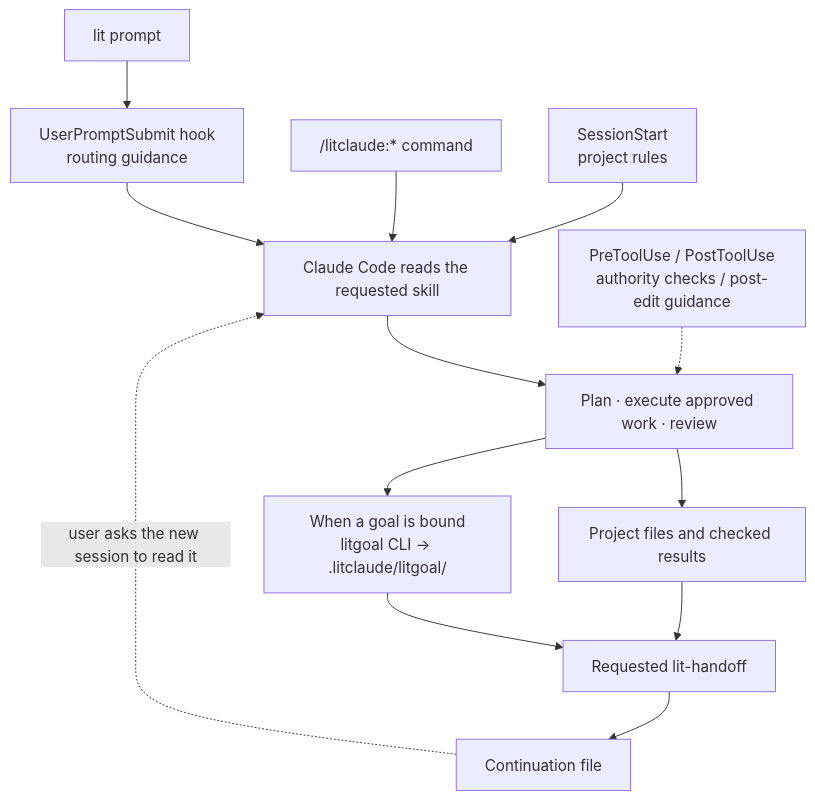
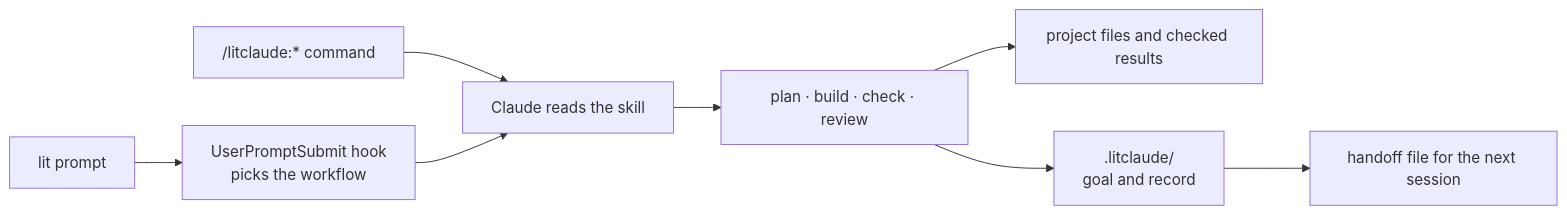
The diagram in README.md (wjgoarxiv/litclaude), drawn with Mermaid before and after one commit. The commit also changed other lines of this file and 91 other files, not shown here.

````diff
--- a/README.md
+++ b/README.md
@@ -494,15 +157,10 @@
 ```mermaid
-flowchart TD
-    P["lit prompt"] --> H["UserPromptSubmit hook<br/>routing guidance"]
-    C["/litclaude:* command"] --> S["Claude Code reads the requested skill"]
+flowchart LR
+    P["lit prompt"] --> H["UserPromptSubmit hook<br/>picks the workflow"]
+    C["/litclaude:* command"] --> S["Claude reads the skill"]
     H --> S
-    R["SessionStart<br/>project rules"] --> S
-    S --> W["Plan · execute approved work · review"]
-    T["PreToolUse / PostToolUse<br/>authority checks / post-edit guidance"] -.-> W
-    W --> F["Project files and checked results"]
-    W --> L["When a goal is bound<br/>litgoal CLI → .litclaude/litgoal/"]
-    F --> Q["Requested lit-handoff"]
-    L --> Q
-    Q --> N["Continuation file"]
-    N -. "user asks the new session to read it" .-> S
+    S --> W["plan · build · check · review"]
+    W --> F["project files and checked results"]
+    W --> L[".litclaude/<br/>goal and record"]
+    L --> N["handoff file for the next session"]
 ```
````
